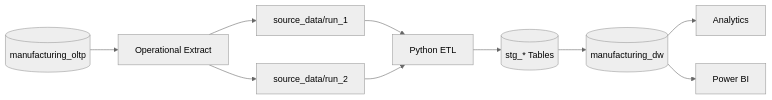
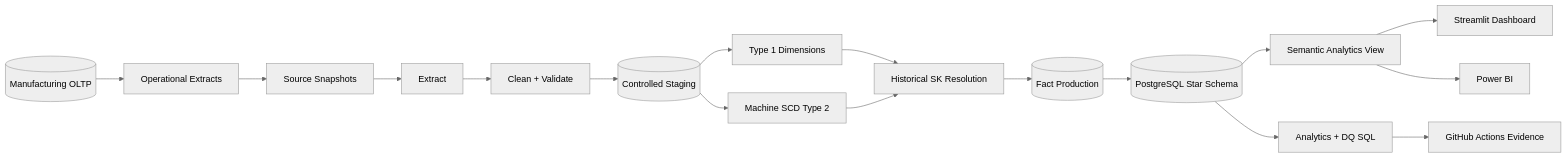
The first of 2 diagrams in README.md (akindaG/Enterprise-Manufacturing-Data-Warehouse), drawn with Mermaid (neutral theme) before and after one commit. The commit also changed other lines of this file and 27 other files, not shown here.

First line of the commit message:
Upgrade to Enterprise Manufacturing Data Platform V2

````diff
--- a/README.md
+++ b/README.md
@@ -61,12 +49,19 @@
 ```mermaid
 flowchart LR
-    O[(manufacturing_oltp)] --> X[Operational Extract]
-    X --> R1[source_data/run_1]
-    X --> R2[source_data/run_2]
-    R1 --> ETL[Python ETL]
-    R2 --> ETL
-    ETL --> S[(stg_* Tables)]
-    S --> DW[(manufacturing_dw)]
-    DW --> A[Analytics]
-    DW --> P[Power BI]
+    A[(Manufacturing OLTP)] --> B[Operational Extracts]
+    B --> C[Source Snapshots]
+    C --> D[Extract]
+    D --> E[Clean + Validate]
+    E --> F[(Controlled Staging)]
+    F --> G[Type 1 Dimensions]
+    F --> H[Machine SCD Type 2]
+    G --> I[Historical SK Resolution]
+    H --> I
+    I --> J[(Fact Production)]
+    J --> K[(PostgreSQL Star Schema)]
+    K --> L[Semantic Analytics View]
+    L --> M[Streamlit Dashboard]
+    L --> N[Power BI]
+    K --> O[Analytics + DQ SQL]
+    O --> P[GitHub Actions Evidence]
 ```
````
